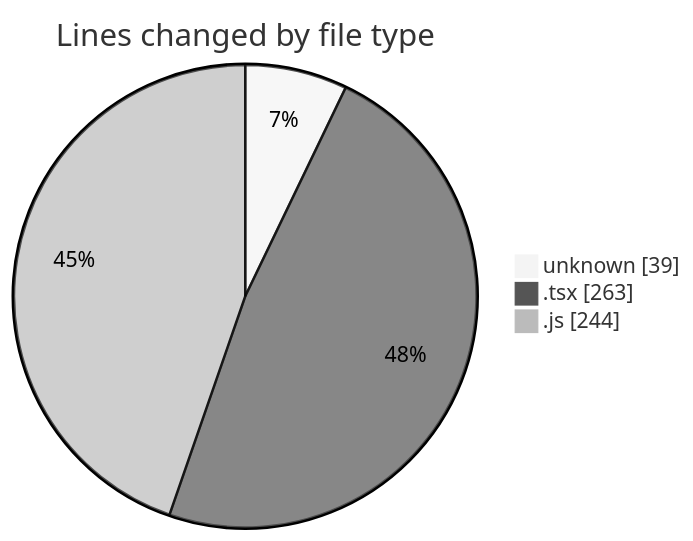
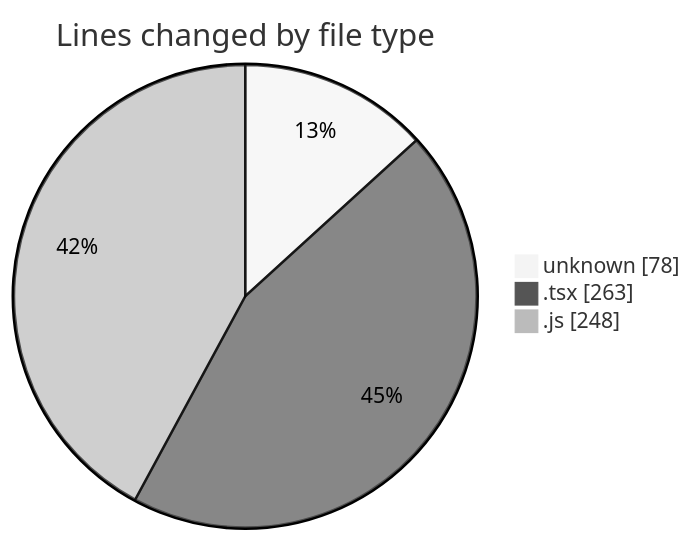
One commit to momahboobian/code-tracking changed the first of 2 diagrams in 2025-06-02/cda/README.md. Above: the diagram before and after it, drawn with Mermaid (neutral theme). The commit also changed other lines of this file and 1 other file, not shown here.

````diff
--- a/2025-06-02/cda/README.md
+++ b/2025-06-02/cda/README.md
@@ -24,7 +24,7 @@
 ```mermaid
 pie showData
 title Lines changed by file type
-"unknown" : 39
+"unknown" : 78
 ".tsx" : 263
-".js" : 244
+".js" : 248
 ```
````
